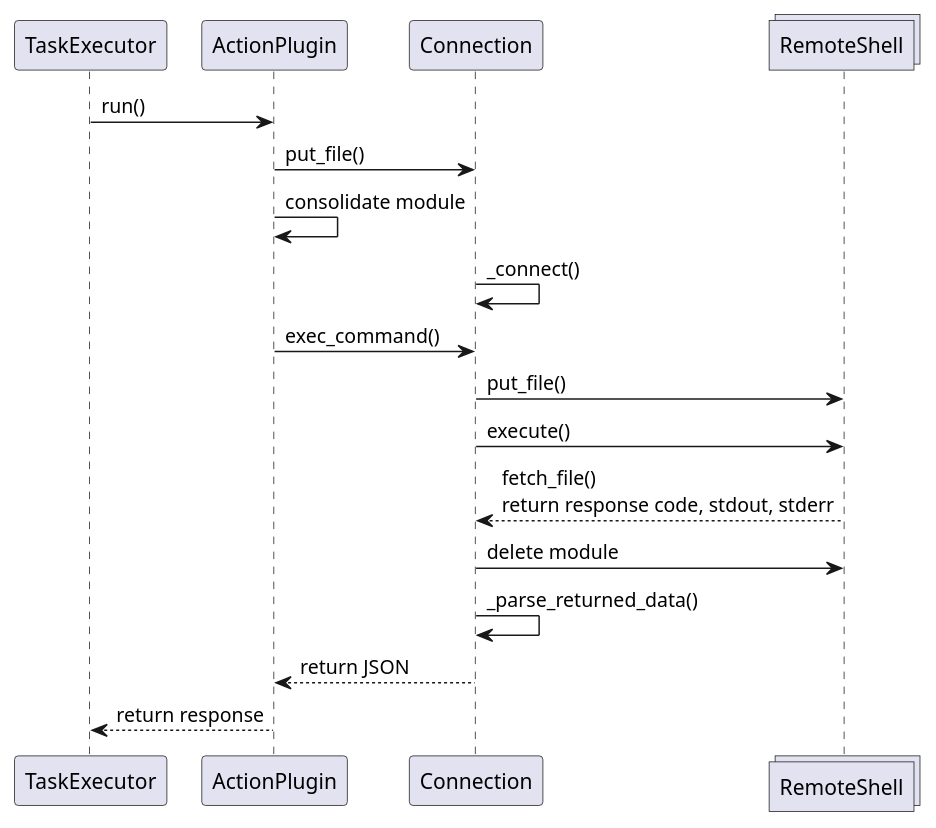
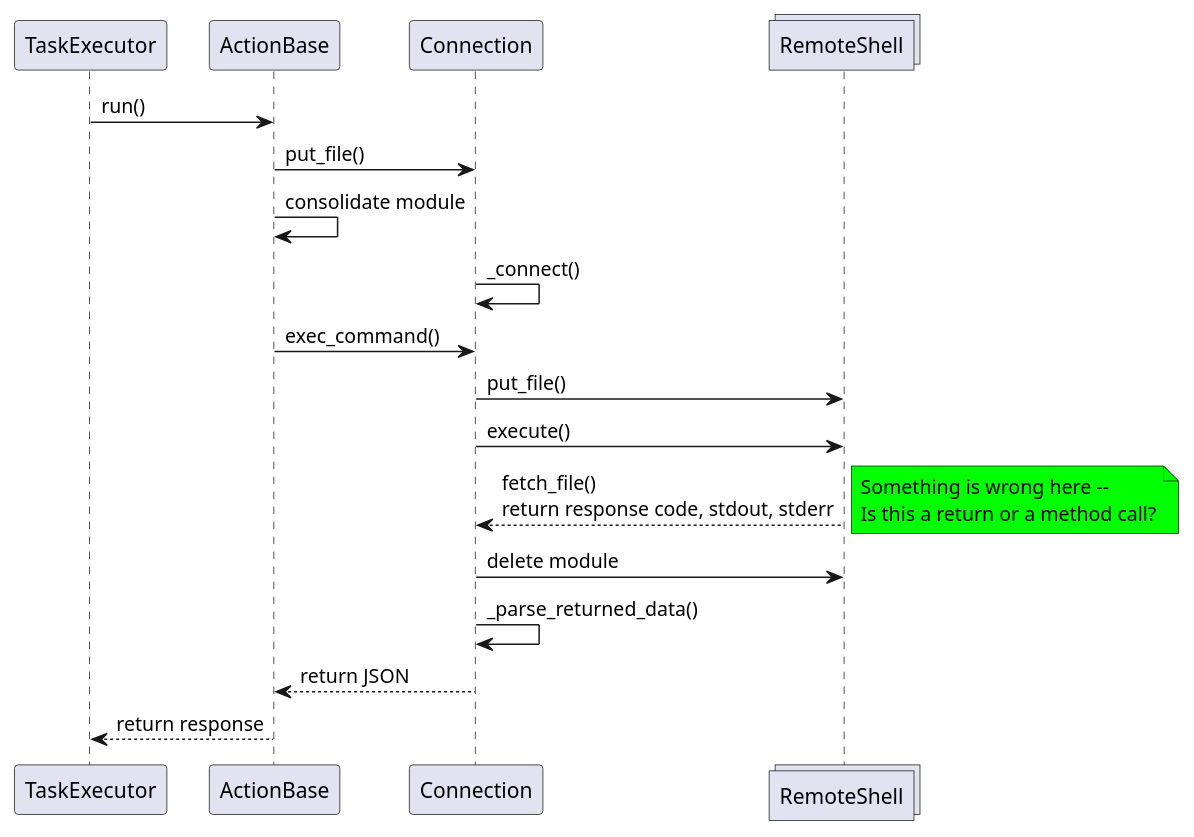
Before and after one commit to ezequiels/nazz: the diagram in project/uml/RemoteExecutionSequence.plantuml, drawn with PlantUML. The commit also changed 1 other file, not shown here.

Commit message:
Additional diagrams

```diff
--- a/project/uml/RemoteExecutionSequence.plantuml
+++ b/project/uml/RemoteExecutionSequence.plantuml
@@ -1,18 +1,19 @@
 @startuml
 participant TaskExecutor
-participant ActionPlugin
+participant ActionBase
 participant Connection
 collections RemoteShell
-TaskExecutor->ActionPlugin: run()
-ActionPlugin->Connection: put_file()
-ActionPlugin->ActionPlugin: consolidate module
+TaskExecutor->ActionBase: run()
+ActionBase->Connection: put_file()
+ActionBase->ActionBase: consolidate module
 Connection->Connection: _connect()
-ActionPlugin->Connection: exec_command()
+ActionBase->Connection: exec_command()
 Connection->RemoteShell: put_file()
 Connection->RemoteShell: execute()
 Connection<--RemoteShell: fetch_file()\nreturn response code, stdout, stderr
+note right #lime: Something is wrong here --\nIs this a return or a method call?
 Connection->RemoteShell: delete module
 Connection->Connection: _parse_returned_data()
-ActionPlugin<--Connection: return JSON
-TaskExecutor<--ActionPlugin: return response
+ActionBase<--Connection: return JSON
+TaskExecutor<--ActionBase: return response
 @enduml
```
